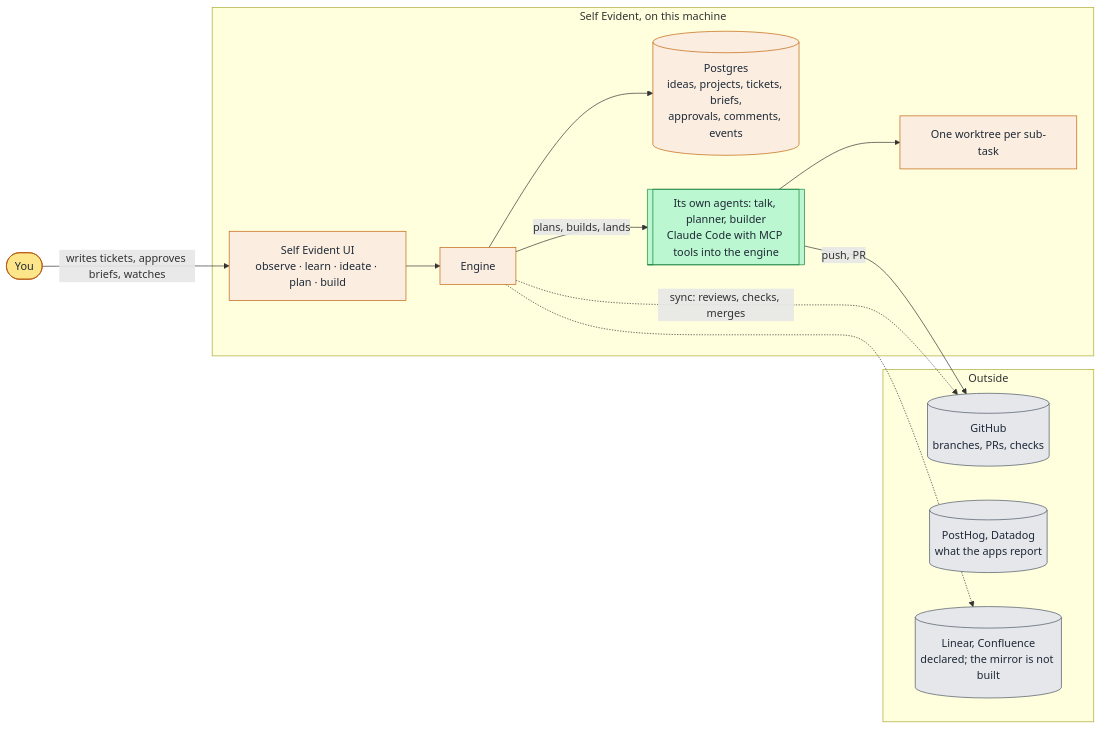
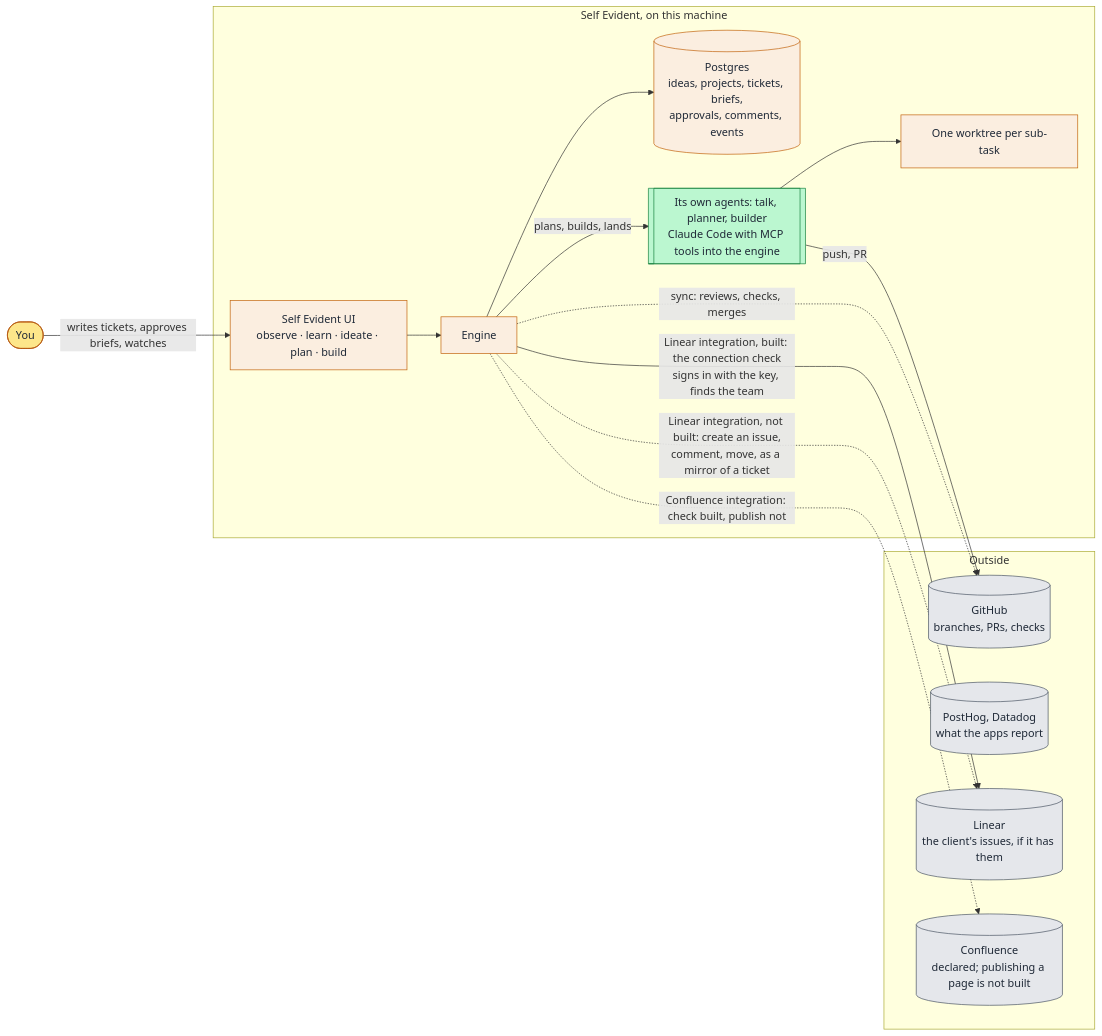
Before and after one commit to infinitedusky/self-evident: the first of 3 diagrams in docs/what-owns-what.md, drawn with Mermaid. The commit also changed other lines of this file, not shown here.

First line of the commit message:
Docs: Linear drawn into the three pictures

````diff
--- a/docs/what-owns-what.md
+++ b/docs/what-owns-what.md
@@ -12,31 +12,34 @@
 ```mermaid
 flowchart LR
   you([You])
   subgraph se[Self Evident, on this machine]
     ui[Self Evident UI<br/>observe · learn · ideate · plan · build]
     engine[Engine]
     db[(Postgres<br/>ideas, projects, tickets, briefs,<br/>approvals, comments, events)]
     agents[[Its own agents: talk, planner, builder<br/>Claude Code with MCP tools into the engine]]
     wts[One worktree per sub-task]
   end
   subgraph out[Outside]
     gh[(GitHub<br/>branches, PRs, checks)]
     tel[(PostHog, Datadog<br/>what the apps report)]
-    lin[(Linear, Confluence<br/>declared; the mirror is not built)]
+    lin[(Linear<br/>the client's issues, if it has them)]
+    conf[(Confluence<br/>declared; publishing a page is not built)]
   end
   you -->|writes tickets, approves briefs, watches| ui
   ui --> engine --> db
   engine -->|plans, builds, lands| agents --> wts
   agents -->|push, PR| gh
   engine -.->|sync: reviews, checks, merges| gh
-  engine -.-> lin
+  engine -->|Linear integration, built: the connection check<br/>signs in with the key, finds the team| lin
+  engine -.->|Linear integration, not built: create an issue,<br/>comment, move, as a mirror of a ticket| lin
+  engine -.->|Confluence integration: check built, publish not| conf
 
   classDef you fill:#fde68a,stroke:#b45309,color:#1f2937
   classDef se fill:#fbeee0,stroke:#c2620b,color:#1f2937
   classDef skill fill:#bbf7d0,stroke:#15803d,color:#1f2937
   classDef ext fill:#e5e7eb,stroke:#4b5563,color:#1f2937
   class you you
   class ui,engine,db,wts se
   class agents skill
-  class gh,tel,lin ext
+  class gh,tel,lin,conf ext
 ```
````
